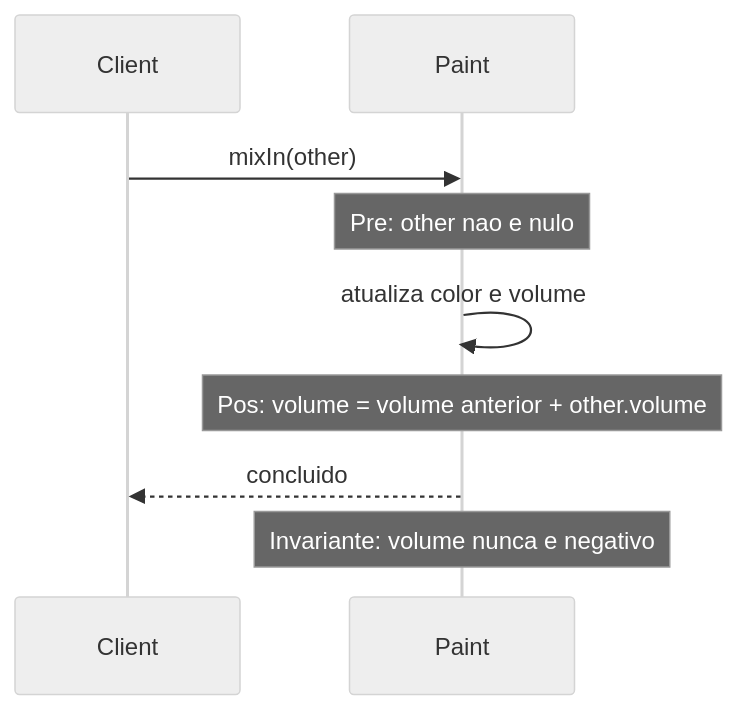
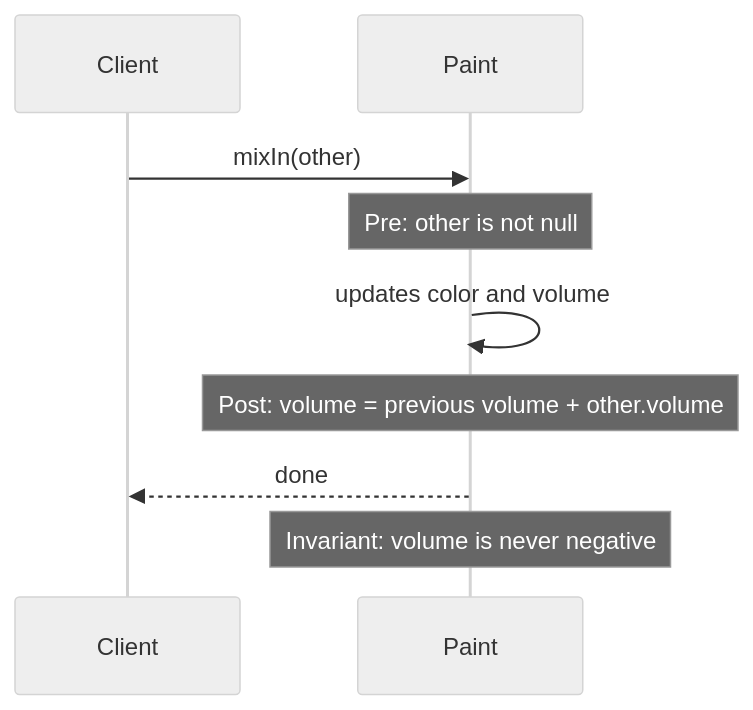
The diagram in docs/application/ddd/supple-design/assertions.md (alancesar/design-patterns), drawn with Mermaid (neutral theme) before and after one commit. The commit also changed 258 other files, not shown here.

First line of the commit message:
Translate Mermaid diagrams to English

````diff
--- a/docs/application/ddd/supple-design/assertions.md
+++ b/docs/application/ddd/supple-design/assertions.md
@@ -54,11 +54,11 @@
 ```mermaid
 sequenceDiagram
     participant C as Client
     participant P as Paint
     C->>P: mixIn(other)
-    Note over P: Pre: other nao e nulo
-    P->>P: atualiza color e volume
-    Note over P: Pos: volume = volume anterior + other.volume
-    P-->>C: concluido
-    Note over P: Invariante: volume nunca e negativo
+    Note over P: Pre: other is not null
+    P->>P: updates color and volume
+    Note over P: Post: volume = previous volume + other.volume
+    P-->>C: done
+    Note over P: Invariant: volume is never negative
 ```
````
